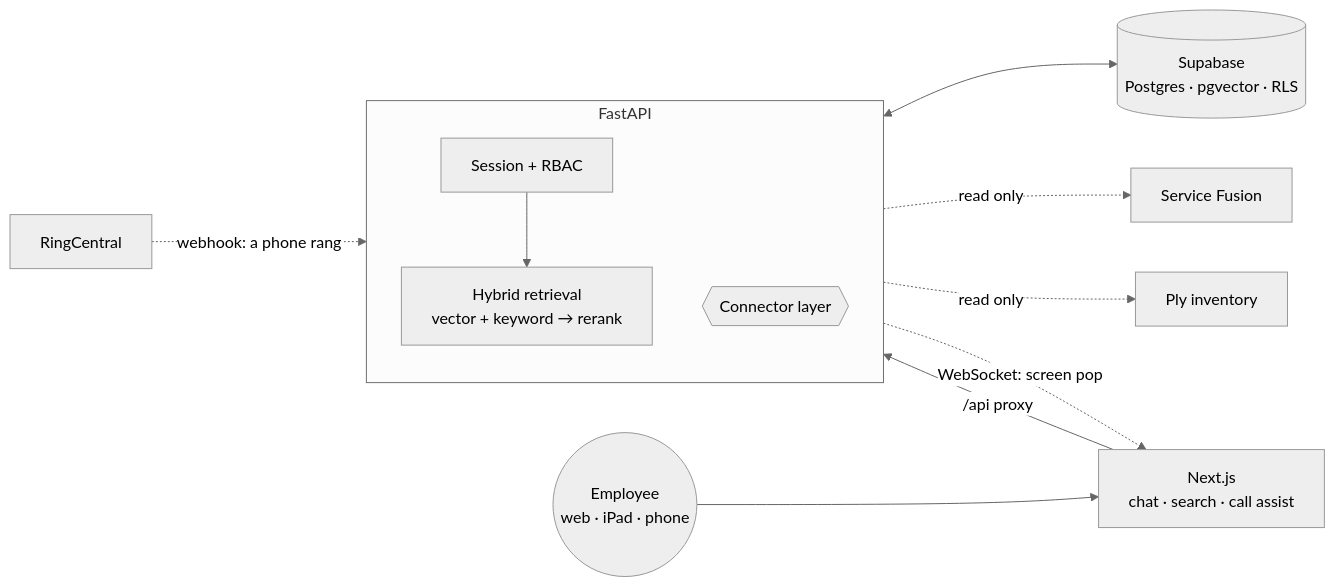
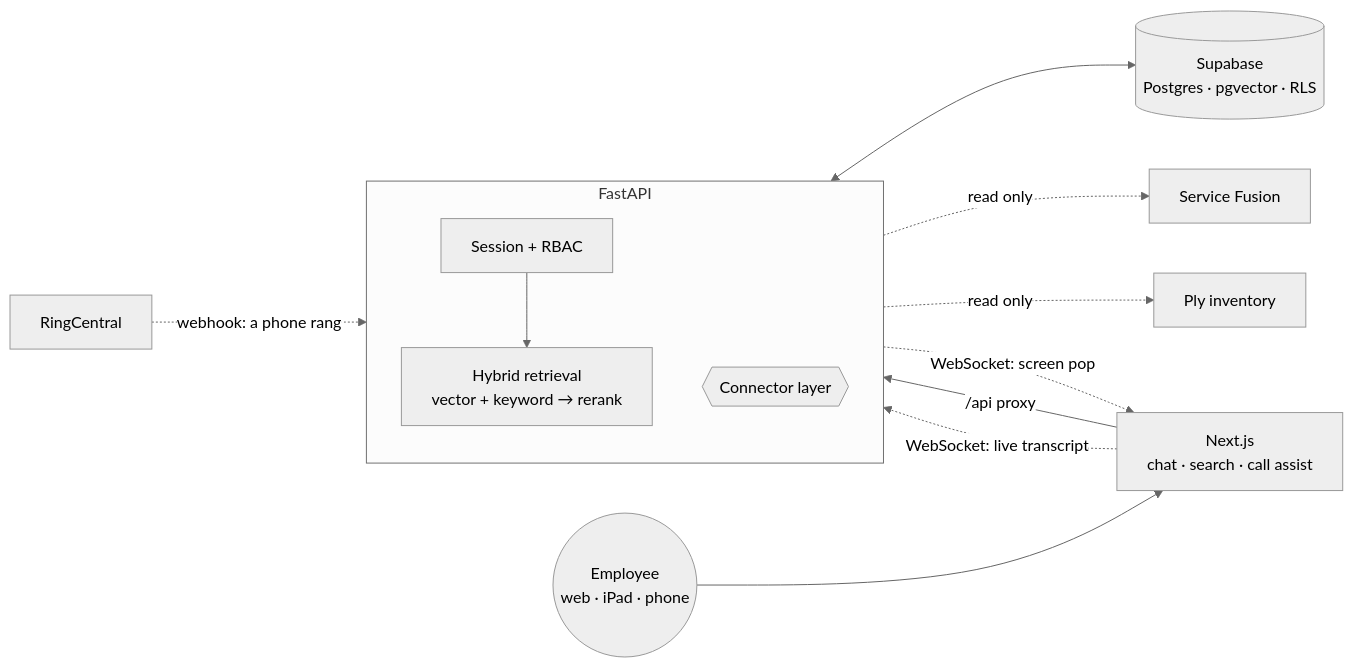
Before and after one commit to ilhanakbudak/fieldops-copilot: the diagram in README.md, drawn with Mermaid (neutral theme). The commit also changed other lines of this file and 43 other files, not shown here.

````diff
--- a/README.md
+++ b/README.md
@@ -163,18 +187,19 @@
 ```mermaid
 flowchart LR
     U(("Employee<br/>web · iPad · phone")) --> WEB["Next.js<br/>chat · search · call assist"]
     WEB -->|"/api proxy"| API
 
     subgraph API["FastAPI"]
         direction TB
         AUTH["Session + RBAC"] --> RET
         RET["Hybrid retrieval<br/>vector + keyword → rerank"]
         CONN{{"Connector layer"}}
     end
 
     RET <--> SB[("Supabase<br/>Postgres · pgvector · RLS")]
     CONN -.->|read only| CRM["Service Fusion"]
     CONN -.->|read only| INV["Ply inventory"]
     TEL["RingCentral"] -.->|"webhook: a phone rang"| API
     API -.->|"WebSocket: screen pop"| WEB
+    WEB -.->|"WebSocket: live transcript"| API
 ```
````
